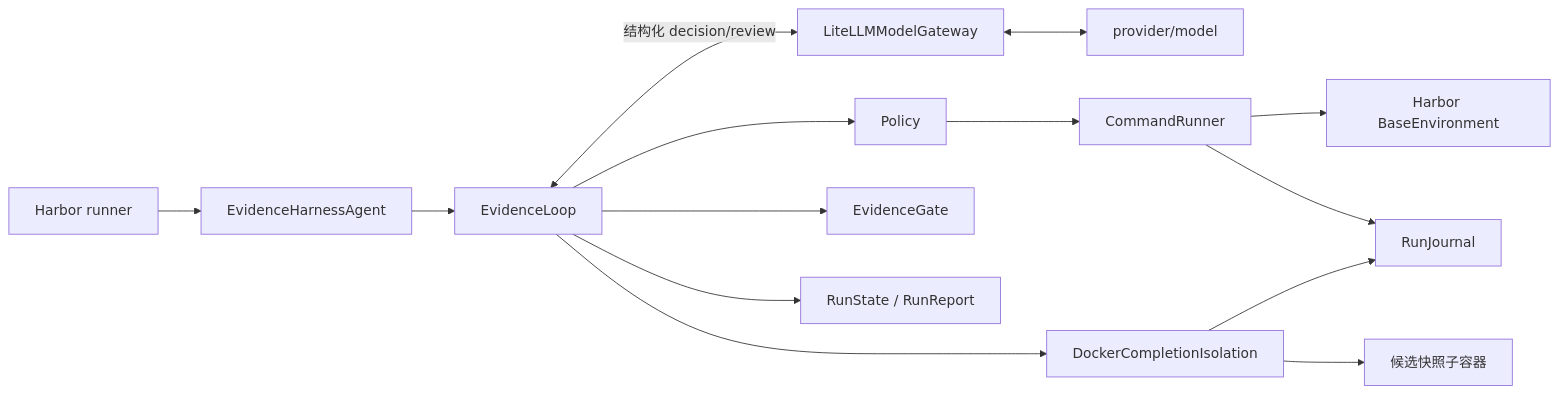
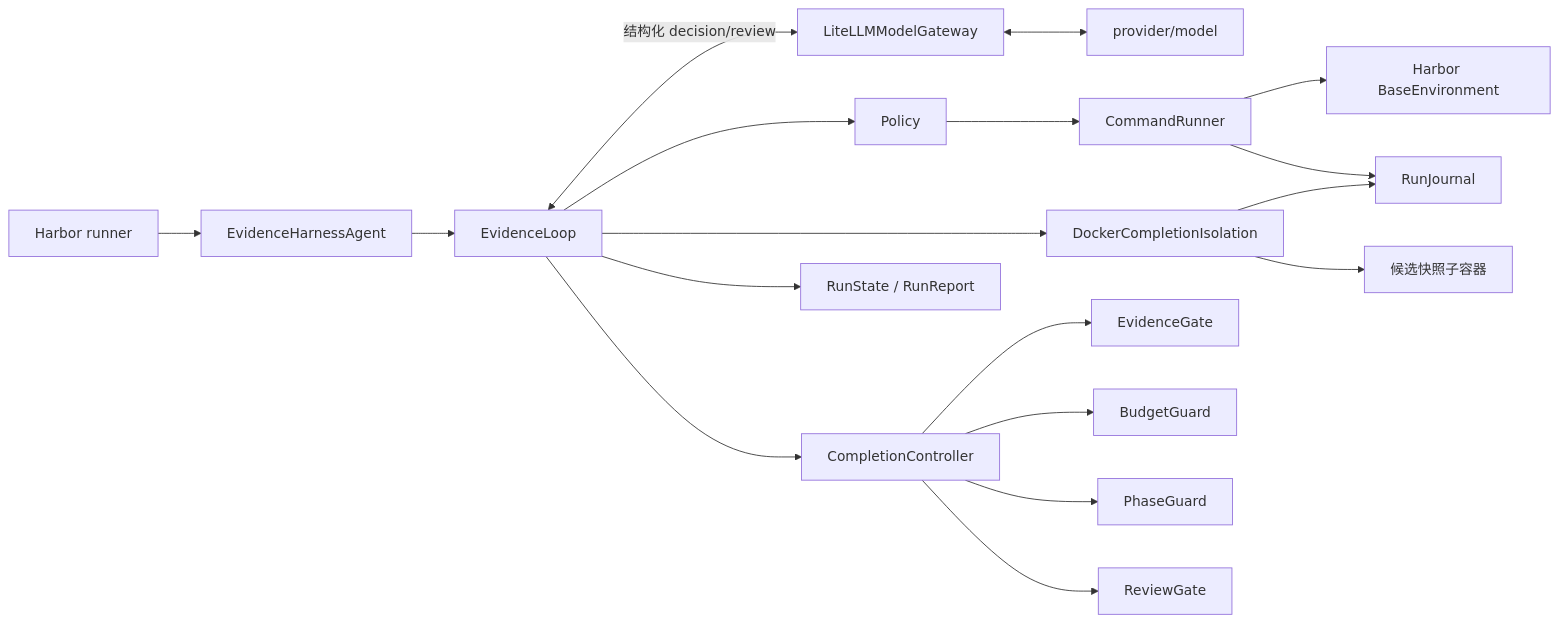
The diagram in README.md (Duang777/Dharness), drawn with Mermaid before and after one commit. The commit also changed other lines of this file and 22 other files, not shown here.

````diff
--- a/README.md
+++ b/README.md
@@ -102,16 +103,20 @@
 ```mermaid
 flowchart LR
     H[Harbor runner] --> A[EvidenceHarnessAgent]
     A --> L[EvidenceLoop]
     L <-->|结构化 decision/review| G[LiteLLMModelGateway]
     G <--> M[provider/model]
     L --> P[Policy]
     P --> C[CommandRunner]
     C --> E[Harbor BaseEnvironment]
     L --> I[DockerCompletionIsolation]
     I --> K[候选快照子容器]
     C --> J[RunJournal]
     I --> J
-    L --> V[EvidenceGate]
+    L --> V[CompletionController]
+    V --> EG[EvidenceGate]
+    V --> BG[BudgetGuard]
+    V --> PG[PhaseGuard]
+    V --> RG[ReviewGate]
     L --> S[RunState / RunReport]
 ```
````
